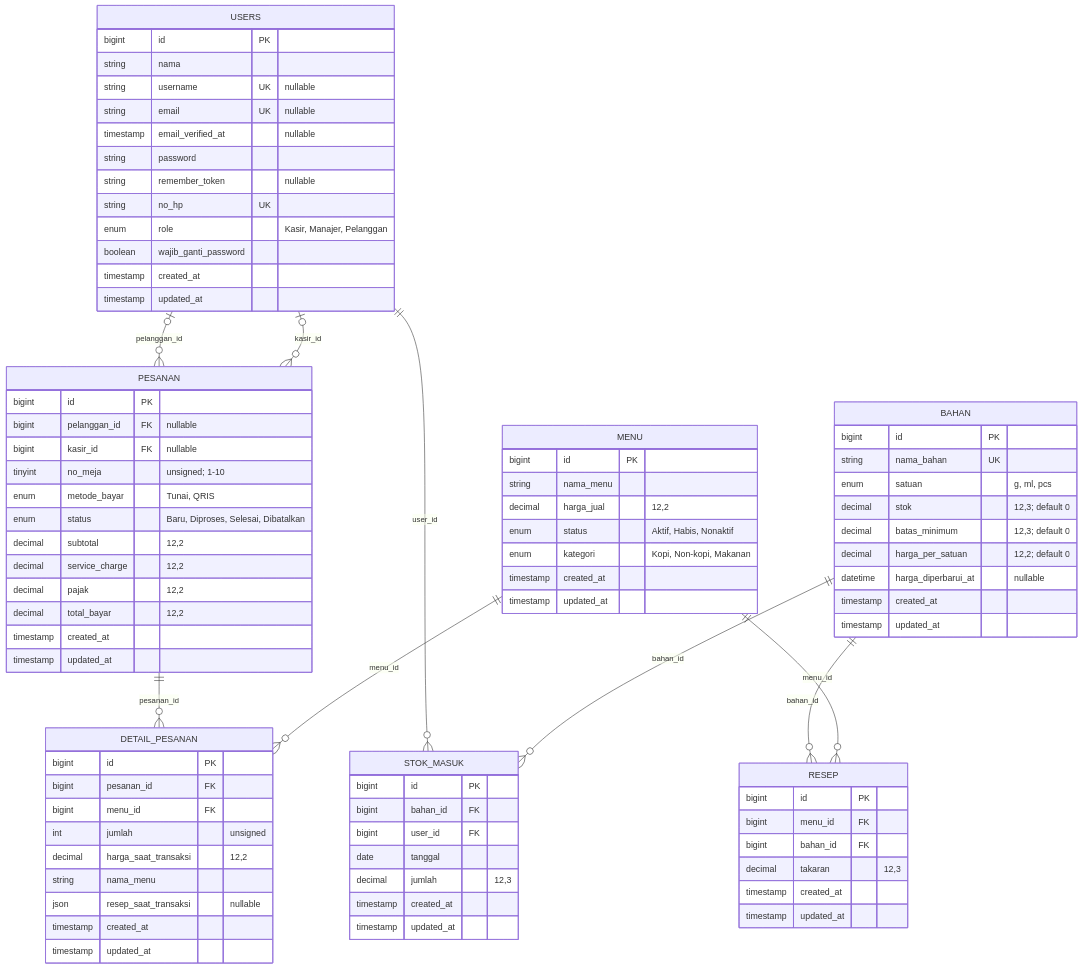
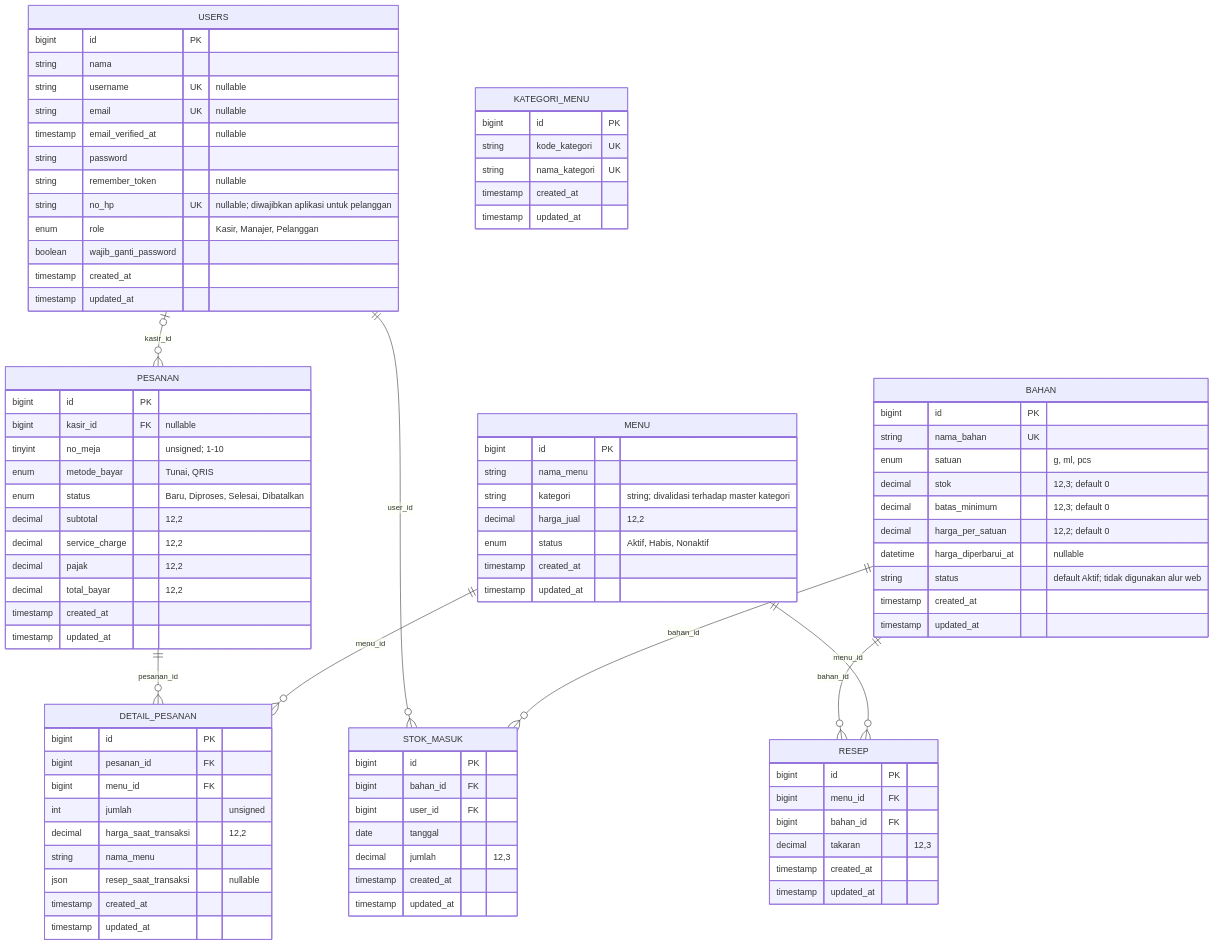
One commit to niconggg15/cafe changed the diagram in docs/erd/erd.md. Above: the diagram before and after it, drawn with Mermaid. The commit also changed other lines of this file and 3 other files, not shown here.

```diff
--- a/docs/erd/erd.md
+++ b/docs/erd/erd.md
@@ -12,7 +12,7 @@
         timestamp email_verified_at "nullable"
         string password
         string remember_token "nullable"
-        string no_hp UK
+        string no_hp UK "nullable; diwajibkan aplikasi untuk pelanggan"
         enum role "Kasir, Manajer, Pelanggan"
         boolean wajib_ganti_password
         timestamp created_at
@@ -27,6 +27,15 @@
         decimal batas_minimum "12,3; default 0"
         decimal harga_per_satuan "12,2; default 0"
         datetime harga_diperbarui_at "nullable"
+        string status "default Aktif; tidak digunakan alur web"
+        timestamp created_at
+        timestamp updated_at
+    }
+
+    KATEGORI_MENU {
+        bigint id PK
+        string kode_kategori UK
+        string nama_kategori UK
         timestamp created_at
         timestamp updated_at
     }
@@ -34,9 +43,9 @@
     MENU {
         bigint id PK
         string nama_menu
+        string kategori "string; divalidasi terhadap master kategori"
         decimal harga_jual "12,2"
         enum status "Aktif, Habis, Nonaktif"
-        enum kategori "Kopi, Non-kopi, Makanan"
         timestamp created_at
         timestamp updated_at
     }
@@ -62,7 +71,6 @@
 
     PESANAN {
         bigint id PK
-        bigint pelanggan_id FK "nullable"
         bigint kasir_id FK "nullable"
         tinyint no_meja "unsigned; 1-10"
         enum metode_bayar "Tunai, QRIS"
@@ -87,7 +95,6 @@
         timestamp updated_at
     }
 
-    USERS o|--o{ PESANAN : "pelanggan_id"
     USERS o|--o{ PESANAN : "kasir_id"
     USERS ||--o{ STOK_MASUK : "user_id"
     BAHAN ||--o{ RESEP : "bahan_id"
```
